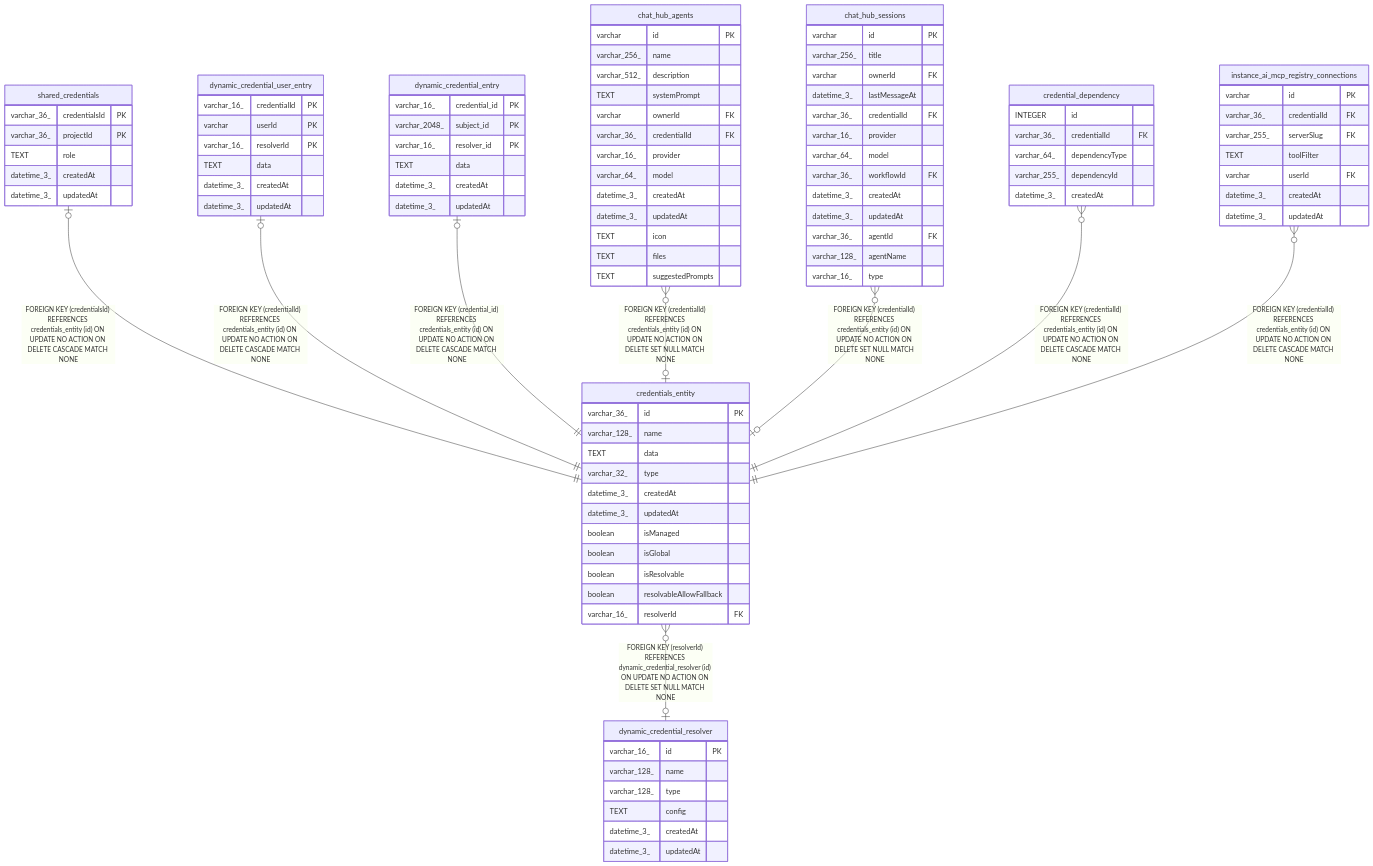
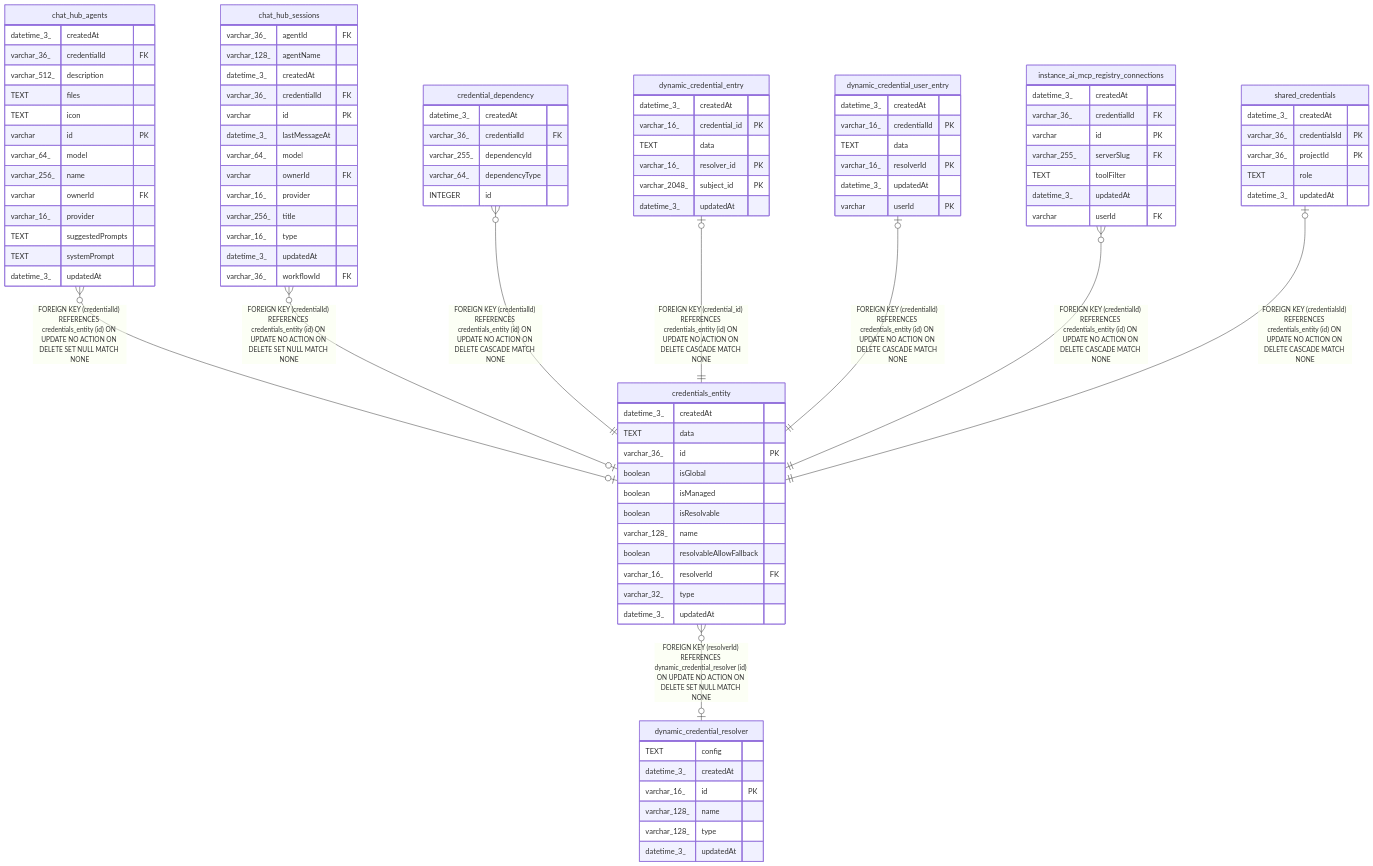
One commit to mayankjain1815-commits/n8n changed the diagram in docs/generated/sqlite-schema/credentials_entity.md. Above: the diagram before and after it, drawn with Mermaid. The commit also changed other lines of this file and 221 other files, not shown here.

Commit message:
chore(core): Make DB schema docs generation deterministic (#32373)

````diff
--- a/docs/generated/sqlite-schema/credentials_entity.md
+++ b/docs/generated/sqlite-schema/credentials_entity.md
@@ -47,103 +47,103 @@
 ```mermaid
 erDiagram
 
-"shared_credentials" |o--|| "credentials_entity" : "FOREIGN KEY (credentialsId) REFERENCES credentials_entity (id) ON UPDATE NO ACTION ON DELETE CASCADE MATCH NONE"
-"dynamic_credential_user_entry" |o--|| "credentials_entity" : "FOREIGN KEY (credentialId) REFERENCES credentials_entity (id) ON UPDATE NO ACTION ON DELETE CASCADE MATCH NONE"
-"dynamic_credential_entry" |o--|| "credentials_entity" : "FOREIGN KEY (credential_id) REFERENCES credentials_entity (id) ON UPDATE NO ACTION ON DELETE CASCADE MATCH NONE"
 "chat_hub_agents" }o--o| "credentials_entity" : "FOREIGN KEY (credentialId) REFERENCES credentials_entity (id) ON UPDATE NO ACTION ON DELETE SET NULL MATCH NONE"
 "chat_hub_sessions" }o--o| "credentials_entity" : "FOREIGN KEY (credentialId) REFERENCES credentials_entity (id) ON UPDATE NO ACTION ON DELETE SET NULL MATCH NONE"
 "credential_dependency" }o--|| "credentials_entity" : "FOREIGN KEY (credentialId) REFERENCES credentials_entity (id) ON UPDATE NO ACTION ON DELETE CASCADE MATCH NONE"
+"dynamic_credential_entry" |o--|| "credentials_entity" : "FOREIGN KEY (credential_id) REFERENCES credentials_entity (id) ON UPDATE NO ACTION ON DELETE CASCADE MATCH NONE"
+"dynamic_credential_user_entry" |o--|| "credentials_entity" : "FOREIGN KEY (credentialId) REFERENCES credentials_entity (id) ON UPDATE NO ACTION ON DELETE CASCADE MATCH NONE"
 "instance_ai_mcp_registry_connections" }o--|| "credentials_entity" : "FOREIGN KEY (credentialId) REFERENCES credentials_entity (id) ON UPDATE NO ACTION ON DELETE CASCADE MATCH NONE"
+"shared_credentials" |o--|| "credentials_entity" : "FOREIGN KEY (credentialsId) REFERENCES credentials_entity (id) ON UPDATE NO ACTION ON DELETE CASCADE MATCH NONE"
 "credentials_entity" }o--o| "dynamic_credential_resolver" : "FOREIGN KEY (resolverId) REFERENCES dynamic_credential_resolver (id) ON UPDATE NO ACTION ON DELETE SET NULL MATCH NONE"
 
 "credentials_entity" {
+  datetime_3_ createdAt
+  TEXT data
   varchar_36_ id PK
+  boolean isGlobal
+  boolean isManaged
+  boolean isResolvable
   varchar_128_ name
-  TEXT data
-  varchar_32_ type
-  datetime_3_ createdAt
-  datetime_3_ updatedAt
-  boolean isManaged
-  boolean isGlobal
-  boolean isResolvable
   boolean resolvableAllowFallback
   varchar_16_ resolverId FK
+  varchar_32_ type
+  datetime_3_ updatedAt
+}
+"chat_hub_agents" {
+  datetime_3_ createdAt
+  varchar_36_ credentialId FK
+  varchar_512_ description
+  TEXT files
+  TEXT icon
+  varchar id PK
+  varchar_64_ model
+  varchar_256_ name
+  varchar ownerId FK
+  varchar_16_ provider
+  TEXT suggestedPrompts
+  TEXT systemPrompt
+  datetime_3_ updatedAt
+}
+"chat_hub_sessions" {
+  varchar_36_ agentId FK
+  varchar_128_ agentName
+  datetime_3_ createdAt
+  varchar_36_ credentialId FK
+  varchar id PK
+  datetime_3_ lastMessageAt
+  varchar_64_ model
+  varchar ownerId FK
+  varchar_16_ provider
+  varchar_256_ title
+  varchar_16_ type
+  datetime_3_ updatedAt
+  varchar_36_ workflowId FK
+}
+"credential_dependency" {
+  datetime_3_ createdAt
+  varchar_36_ credentialId FK
+  varchar_255_ dependencyId
+  varchar_64_ dependencyType
+  INTEGER id
+}
+"dynamic_credential_entry" {
+  datetime_3_ createdAt
+  varchar_16_ credential_id PK
+  TEXT data
+  varchar_16_ resolver_id PK
+  varchar_2048_ subject_id PK
+  datetime_3_ updatedAt
+}
+"dynamic_credential_user_entry" {
+  datetime_3_ createdAt
+  varchar_16_ credentialId PK
+  TEXT data
+  varchar_16_ resolverId PK
+  datetime_3_ updatedAt
+  varchar userId PK
+}
+"instance_ai_mcp_registry_connections" {
+  datetime_3_ createdAt
+  varchar_36_ credentialId FK
+  varchar id PK
+  varchar_255_ serverSlug FK
+  TEXT toolFilter
+  datetime_3_ updatedAt
+  varchar userId FK
 }
 "shared_credentials" {
+  datetime_3_ createdAt
   varchar_36_ credentialsId PK
   varchar_36_ projectId PK
   TEXT role
-  datetime_3_ createdAt
-  datetime_3_ updatedAt
-}
-"dynamic_credential_user_entry" {
-  varchar_16_ credentialId PK
-  varchar userId PK
-  varchar_16_ resolverId PK
-  TEXT data
-  datetime_3_ createdAt
-  datetime_3_ updatedAt
-}
-"dynamic_credential_entry" {
-  varchar_16_ credential_id PK
-  varchar_2048_ subject_id PK
-  varchar_16_ resolver_id PK
-  TEXT data
-  datetime_3_ createdAt
-  datetime_3_ updatedAt
-}
-"chat_hub_agents" {
-  varchar id PK
-  varchar_256_ name
-  varchar_512_ description
-  TEXT systemPrompt
-  varchar ownerId FK
-  varchar_36_ credentialId FK
-  varchar_16_ provider
-  varchar_64_ model
-  datetime_3_ createdAt
-  datetime_3_ updatedAt
-  TEXT icon
-  TEXT files
-  TEXT suggestedPrompts
-}
-"chat_hub_sessions" {
-  varchar id PK
-  varchar_256_ title
-  varchar ownerId FK
-  datetime_3_ lastMessageAt
-  varchar_36_ credentialId FK
-  varchar_16_ provider
-  varchar_64_ model
-  varchar_36_ workflowId FK
-  datetime_3_ createdAt
-  datetime_3_ updatedAt
-  varchar_36_ agentId FK
-  varchar_128_ agentName
-  varchar_16_ type
-}
-"credential_dependency" {
-  INTEGER id
-  varchar_36_ credentialId FK
-  varchar_64_ dependencyType
-  varchar_255_ dependencyId
-  datetime_3_ createdAt
-}
-"instance_ai_mcp_registry_connections" {
-  varchar id PK
-  varchar_36_ credentialId FK
-  varchar_255_ serverSlug FK
-  TEXT toolFilter
-  varchar userId FK
-  datetime_3_ createdAt
   datetime_3_ updatedAt
 }
 "dynamic_credential_resolver" {
+  TEXT config
+  datetime_3_ createdAt
   varchar_16_ id PK
   varchar_128_ name
   varchar_128_ type
-  TEXT config
-  datetime_3_ createdAt
   datetime_3_ updatedAt
 }
 ```
````
